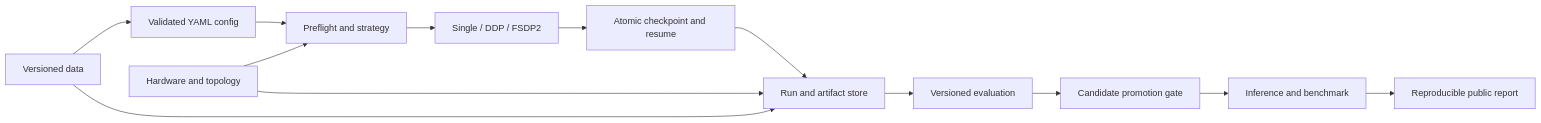
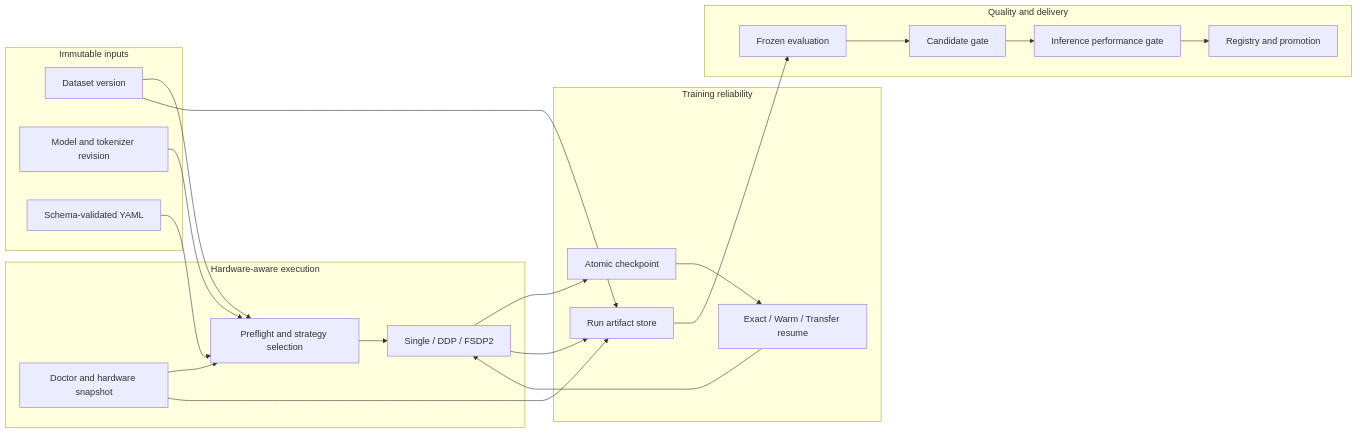
Before and after one commit to JayYu686/TinyLLM-System: the first of 3 diagrams in README.en.md, drawn with Mermaid. The commit also changed other lines of this file and 109 other files, not shown here.

````diff
--- a/README.en.md
+++ b/README.en.md
@@ -129,15 +36,43 @@
 ```mermaid
 flowchart LR
-    A[Versioned data] --> B[Validated YAML config]
-    H[Hardware and topology] --> P[Preflight and strategy]
-    B --> P
-    P --> T[Single / DDP / FSDP2]
-    T --> C[Atomic checkpoint and resume]
-    C --> R[Run and artifact store]
-    R --> E[Versioned evaluation]
-    E --> G[Candidate promotion gate]
-    G --> I[Inference and benchmark]
-    I --> X[Reproducible public report]
-    A --> R
-    H --> R
+    subgraph Inputs["Immutable inputs"]
+        D[Dataset version]
+        M[Model and tokenizer revision]
+        Y[Schema-validated YAML]
+    end
+
+    subgraph Planning["Hardware-aware execution"]
+        H[Doctor and hardware snapshot]
+        P[Preflight and strategy selection]
+        T[Single / DDP / FSDP2]
+    end
+
+    subgraph Reliability["Training reliability"]
+        C[Atomic checkpoint]
+        R[Exact / Warm / Transfer resume]
+        A[Run artifact store]
+    end
+
+    subgraph Delivery["Quality and delivery"]
+        E[Frozen evaluation]
+        G[Candidate gate]
+        I[Inference performance gate]
+        V[Registry and promotion]
+    end
+
+    D --> P
+    M --> P
+    Y --> P
+    H --> P
+    P --> T
+    T --> C
+    C --> R
+    R --> T
+    T --> A
+    D --> A
+    H --> A
+    A --> E
+    E --> G
+    G --> I
+    I --> V
 ```
````
